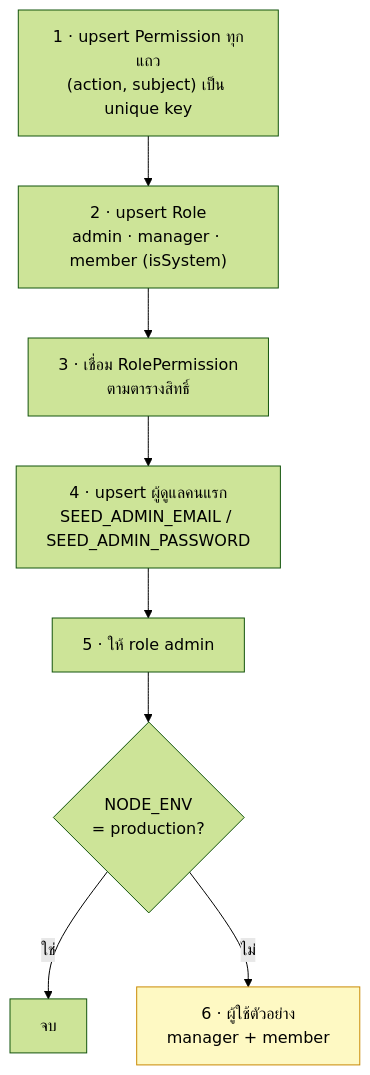
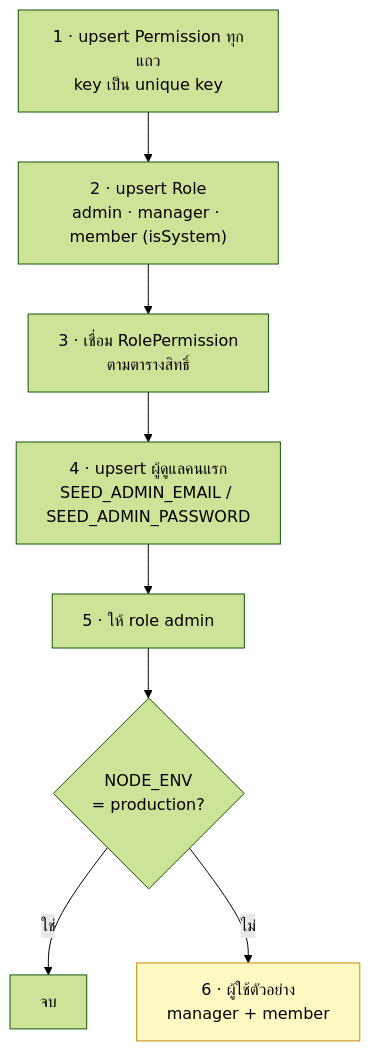
The second of 2 diagrams in apps/docs/auth/rbac-model.md (bk-engineering/app-platform), drawn with Mermaid (forest theme) before and after one commit. The commit also changed other lines of this file and 56 other files, not shown here.

````diff
--- a/apps/docs/auth/rbac-model.md
+++ b/apps/docs/auth/rbac-model.md
@@ -130,13 +133,13 @@
 ```mermaid
 flowchart TD
-  P["1 · upsert Permission ทุกแถว<br/>(action, subject) เป็น unique key"]
+  P["1 · upsert Permission ทุกแถว<br/>key เป็น unique key"]
   P --> R["2 · upsert Role<br/>admin · manager · member (isSystem)"]
   R --> RP["3 · เชื่อม RolePermission<br/>ตามตารางสิทธิ์"]
   RP --> A["4 · upsert ผู้ดูแลคนแรก<br/>SEED_ADMIN_EMAIL / SEED_ADMIN_PASSWORD"]
   A --> AR["5 · ให้ role admin"]
   AR --> Q{"NODE_ENV<br/>= production?"}
   Q -->|ใช่| Stop["จบ"]
   Q -->|ไม่| Demo["6 · ผู้ใช้ตัวอย่าง<br/>manager + member"]
 
   style Demo fill:#fef9c3,stroke:#ca8a04
 ```
````
